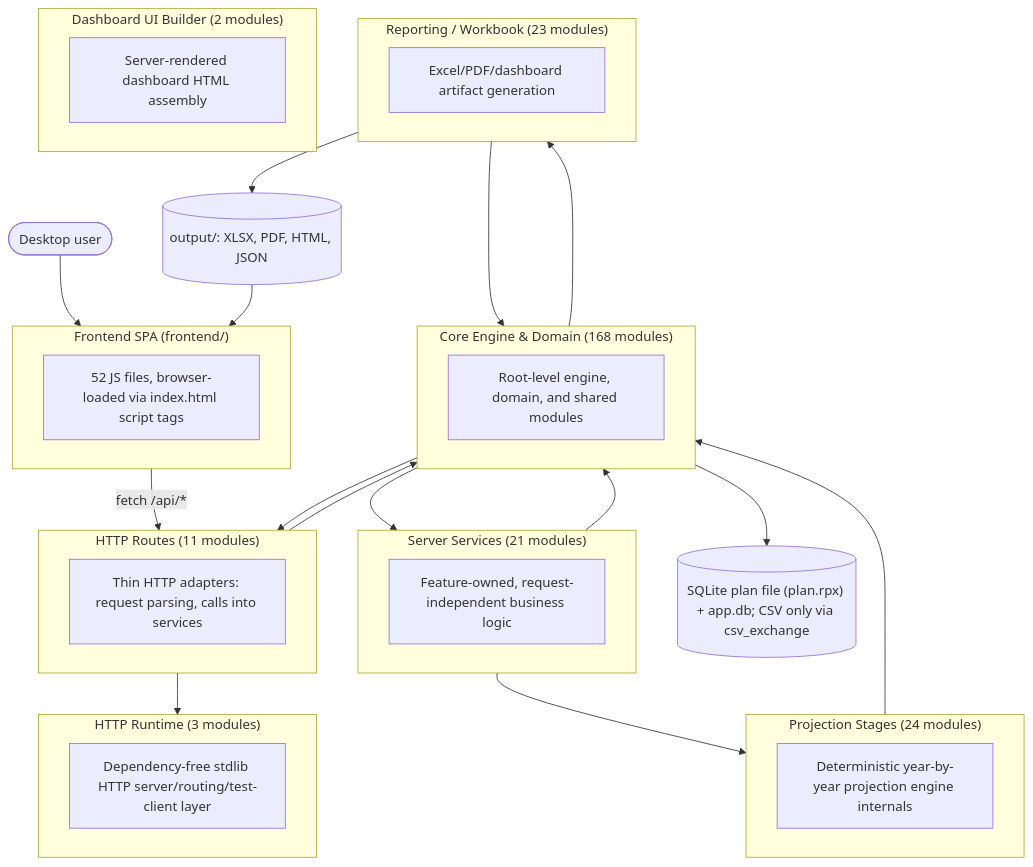
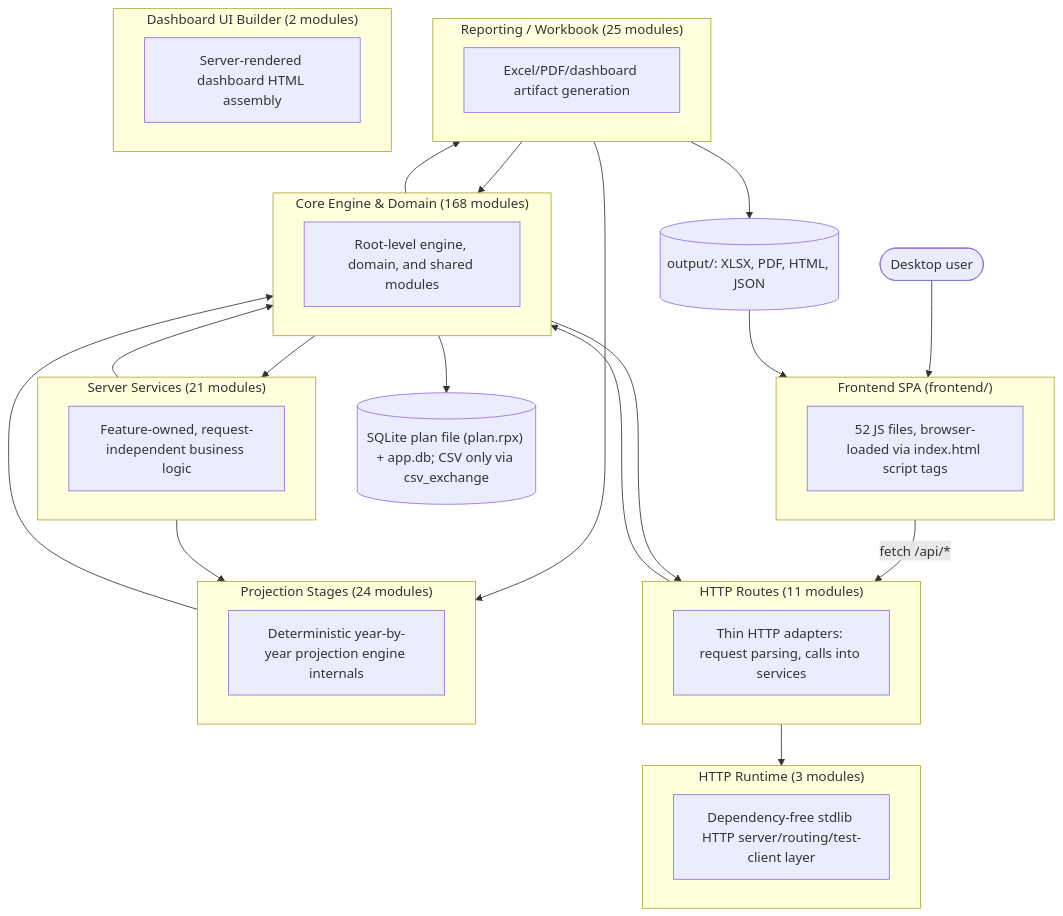
One commit to matthartzman/retirement_system changed the first of 2 diagrams in documentation/reference/SYSTEM_ARCHITECTURE_DIAGRAM.md. Above: the diagram before and after it, drawn with Mermaid. The commit also changed other lines of this file and 24 other files, not shown here.

````diff
--- a/documentation/reference/SYSTEM_ARCHITECTURE_DIAGRAM.md
+++ b/documentation/reference/SYSTEM_ARCHITECTURE_DIAGRAM.md
@@ -11,41 +11,42 @@
 ```mermaid
 flowchart TB
     User(["Desktop user"]) --> FE
     subgraph FE["Frontend SPA (frontend/)"]
         FEcount["52 JS files, browser-loaded via index.html script tags"]
     end
     FE -->|fetch /api/*| L_HTTP_Routes
     subgraph L_HTTP_Routes["HTTP Routes (11 modules)"]
         L_HTTP_Routes_d["Thin HTTP adapters: request parsing, calls into services"]
     end
     subgraph L_Server_Services["Server Services (21 modules)"]
         L_Server_Services_d["Feature-owned, request-independent business logic"]
     end
     subgraph L_HTTP_Runtime["HTTP Runtime (3 modules)"]
         L_HTTP_Runtime_d["Dependency-free stdlib HTTP server/routing/test-client layer"]
     end
     subgraph L_Core_Engine___Domain["Core Engine & Domain (168 modules)"]
         L_Core_Engine___Domain_d["Root-level engine, domain, and shared modules"]
     end
     subgraph L_Projection_Stages["Projection Stages (24 modules)"]
         L_Projection_Stages_d["Deterministic year-by-year projection engine internals"]
     end
-    subgraph L_Reporting___Workbook["Reporting / Workbook (23 modules)"]
+    subgraph L_Reporting___Workbook["Reporting / Workbook (25 modules)"]
         L_Reporting___Workbook_d["Excel/PDF/dashboard artifact generation"]
     end
     subgraph L_Dashboard_UI_Builder["Dashboard UI Builder (2 modules)"]
         L_Dashboard_UI_Builder_d["Server-rendered dashboard HTML assembly"]
     end
     L_Core_Engine___Domain --> L_HTTP_Routes
     L_Core_Engine___Domain --> L_Reporting___Workbook
     L_Core_Engine___Domain --> L_Server_Services
     L_HTTP_Routes --> L_Core_Engine___Domain
     L_HTTP_Routes --> L_HTTP_Runtime
     L_Projection_Stages --> L_Core_Engine___Domain
     L_Reporting___Workbook --> L_Core_Engine___Domain
+    L_Reporting___Workbook --> L_Projection_Stages
     L_Server_Services --> L_Core_Engine___Domain
     L_Server_Services --> L_Projection_Stages
     L_Core_Engine___Domain --> DB[("SQLite plan file (plan.rpx) + app.db; CSV only via csv_exchange")]
     L_Reporting___Workbook --> Outputs[("output/: XLSX, PDF, HTML, JSON")]
     Outputs --> FE
 ```
````
